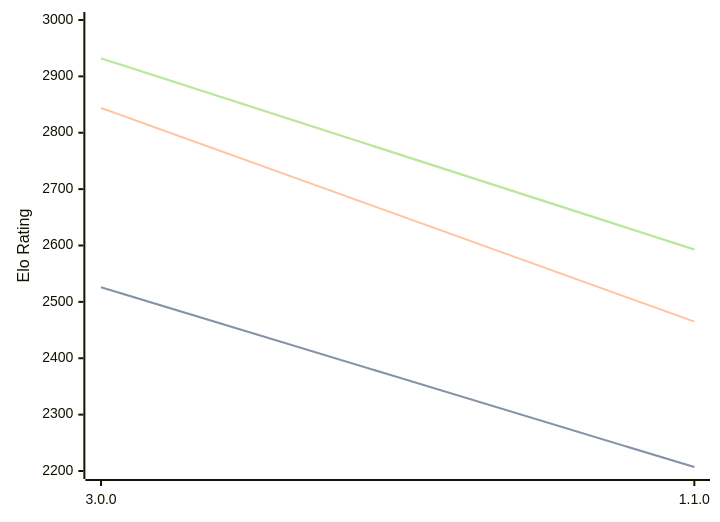
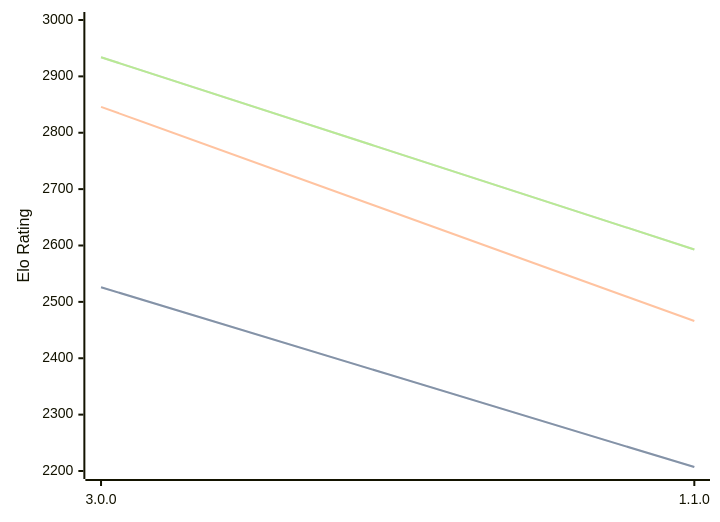
The diagram in engines/Potential.md (computer-chess-index/cci), drawn with Mermaid before and after one commit. The commit also changed other lines of this file, not shown here.

Commit message:
Update CCI Ratings (ELO VLTC) - 2026-07-23

````diff
--- a/engines/Potential.md
+++ b/engines/Potential.md
@@ -34,11 +34,11 @@
 ```mermaid
 %%{init: {"theme":"base","themeVariables":{"seriesColors:['#a3a3a3','#222221','#faa371']}}}%%
 xychart-beta
   x-axis ["3.0.0", "1.1.0"]
   y-axis "Elo Rating" 2200 --> 3000
   line "STC (8.0+0.08s)" [2526, 2207]
   line "STC (8.0+0.08s)" [2526, 2207]
-  line "LTC (60.0+0.60s)" [2844, 2465]
-  line "VLTC (2m24s+1.12s)" [2932, 2593]
-  line "VLTC (2m24s+1.12s)" [2932, 2593]
+  line "LTC (60.0+0.60s)" [2846, 2466]
+  line "VLTC (2m24s+1.12s)" [2934, 2593]
+  line "VLTC (2m24s+1.12s)" [2934, 2593]
 ```
````
